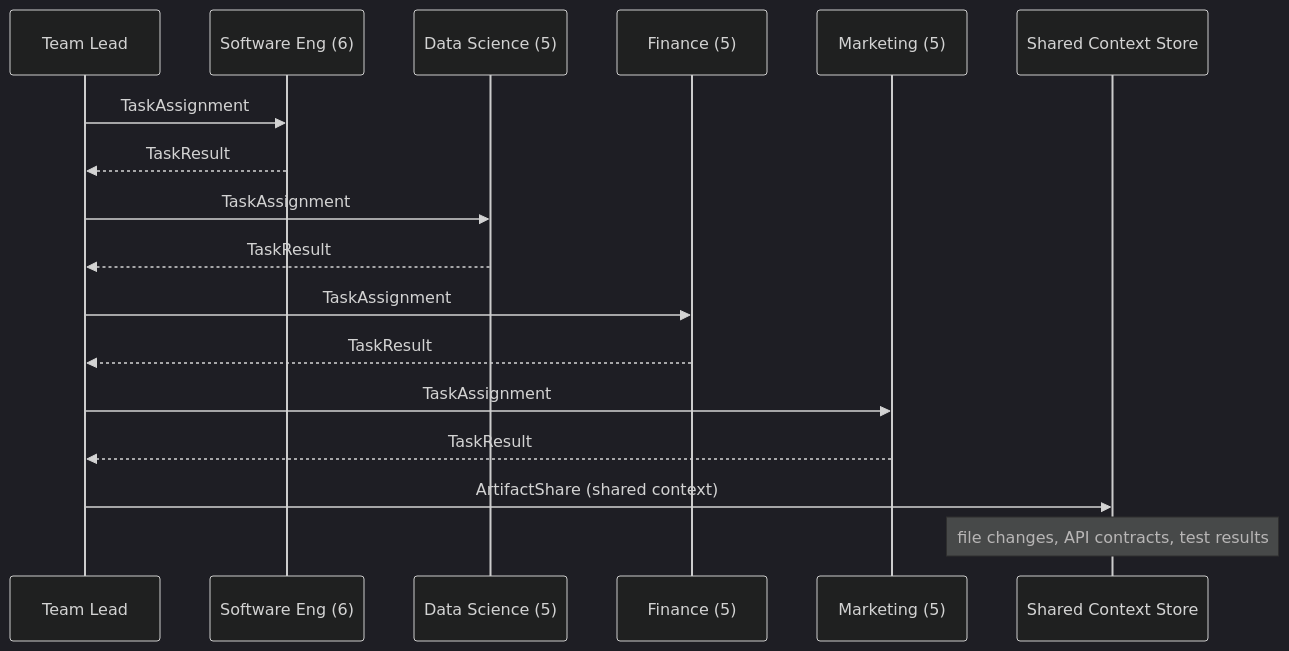
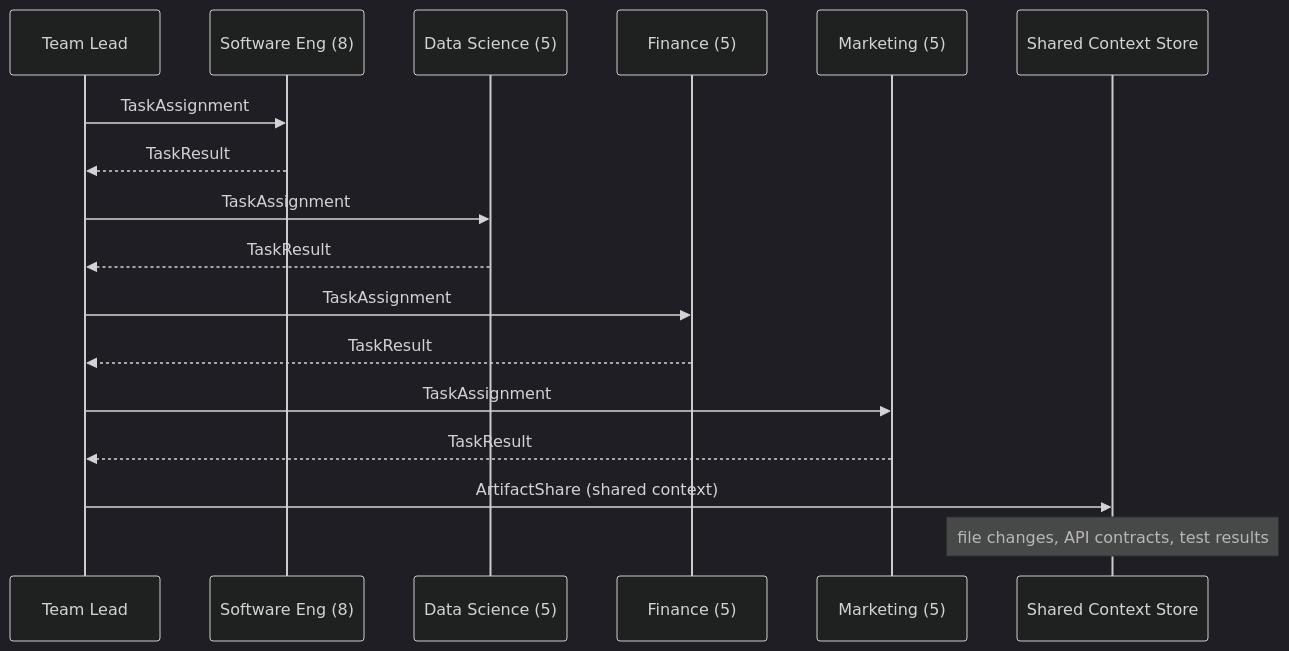
One commit to pjcau/agent-orchestrator changed the diagram in docs/architecture.md. Above: the diagram before and after it, drawn with Mermaid (dark theme). The commit also changed other lines of this file and 8 other files, not shown here.

````diff
--- a/docs/architecture.md
+++ b/docs/architecture.md
@@ -127,21 +128,21 @@
 ```mermaid
 sequenceDiagram
     participant TL as Team Lead
-    participant SE as Software Eng (6)
+    participant SE as Software Eng (8)
     participant DS as Data Science (5)
     participant FIN as Finance (5)
     participant MKT as Marketing (5)
     participant SC as Shared Context Store
 
     TL->>SE: TaskAssignment
     SE-->>TL: TaskResult
     TL->>DS: TaskAssignment
     DS-->>TL: TaskResult
     TL->>FIN: TaskAssignment
     FIN-->>TL: TaskResult
     TL->>MKT: TaskAssignment
     MKT-->>TL: TaskResult
 
     TL->>SC: ArtifactShare (shared context)
     Note over SC: file changes, API contracts, test results
 ```
````
